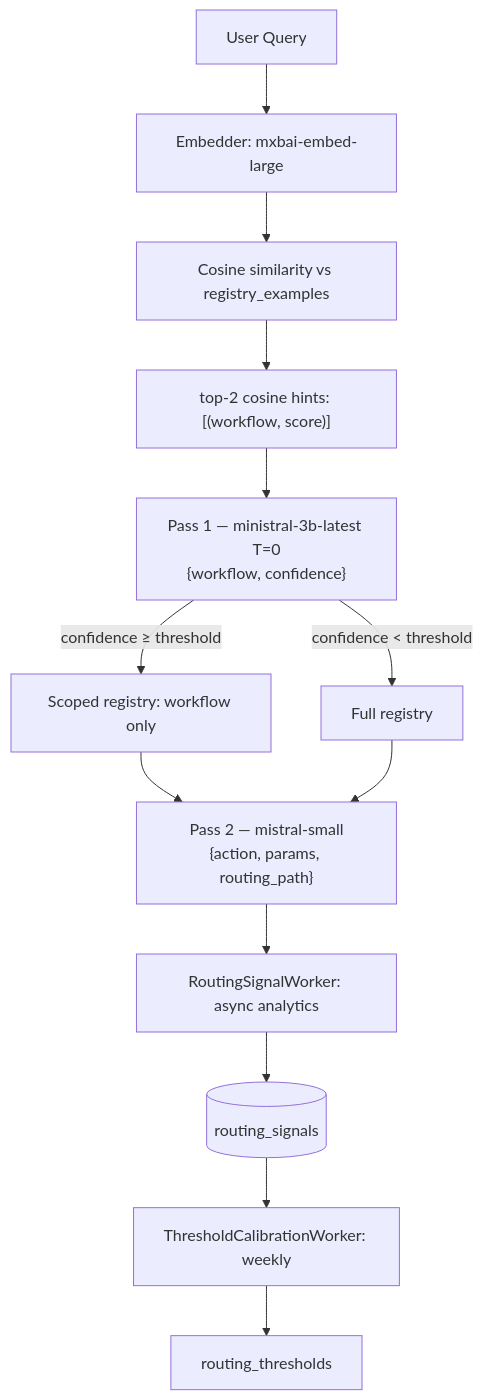
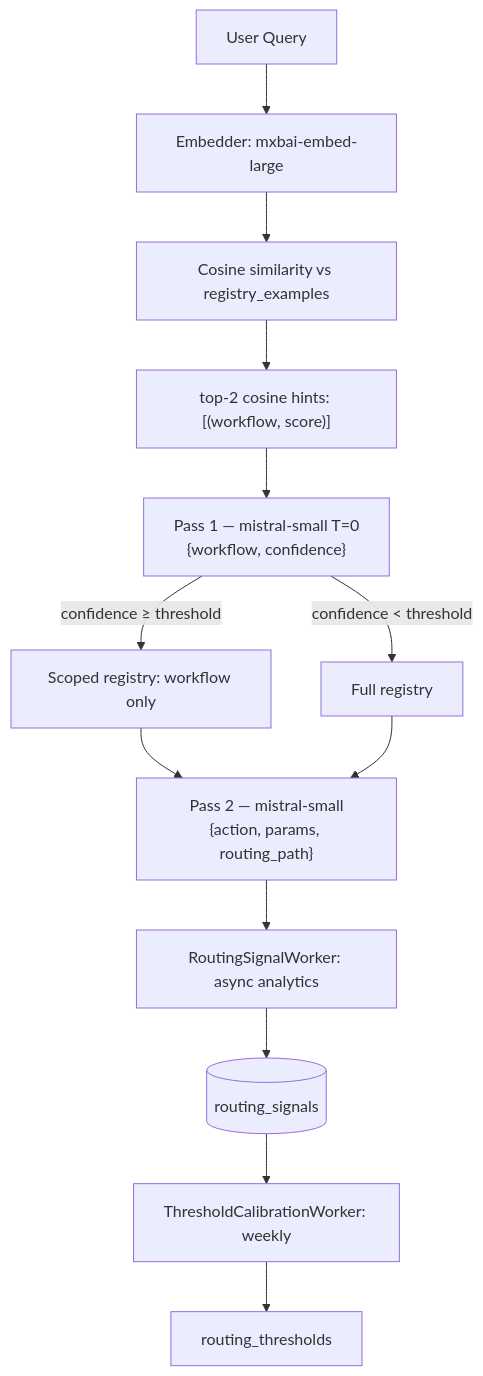
Before and after one commit to ndrean/reactor-crm_ex: the fourth of 7 diagrams in README.md, drawn with Mermaid. The commit also changed other lines of this file, not shown here.

````diff
--- a/README.md
+++ b/README.md
@@ -120,15 +123,15 @@
 ```mermaid
 graph TB
     Q[User Query] --> E[Embedder: mxbai-embed-large]
     E --> CS[Cosine similarity vs registry_examples]
     CS --> H["top-2 cosine hints: [(workflow, score)]"]
-    H --> P1["Pass 1 — ministral-3b-latest T=0<br/>{workflow, confidence}"]
+    H --> P1["Pass 1 — mistral-small T=0<br/>{workflow, confidence}"]
     P1 -->|"confidence ≥ threshold"| SC[Scoped registry: workflow only]
     P1 -->|"confidence < threshold"| FR[Full registry]
     SC --> P2["Pass 2 — mistral-small<br/>{action, params, routing_path}"]
     FR --> P2
     P2 --> RS[RoutingSignalWorker: async analytics]
     RS --> DB[(routing_signals)]
     DB --> TC[ThresholdCalibrationWorker: weekly]
     TC --> RT[routing_thresholds]
 ```
````
